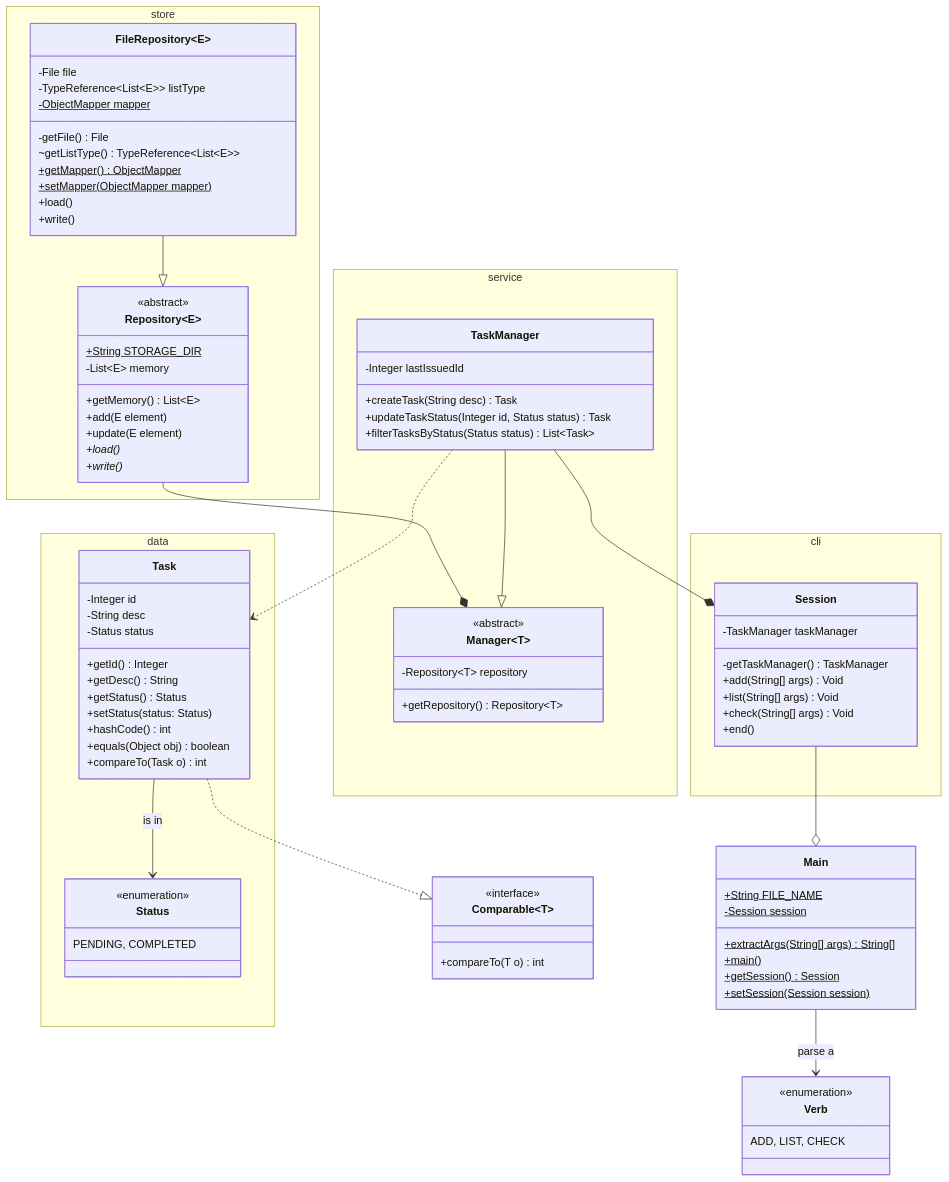
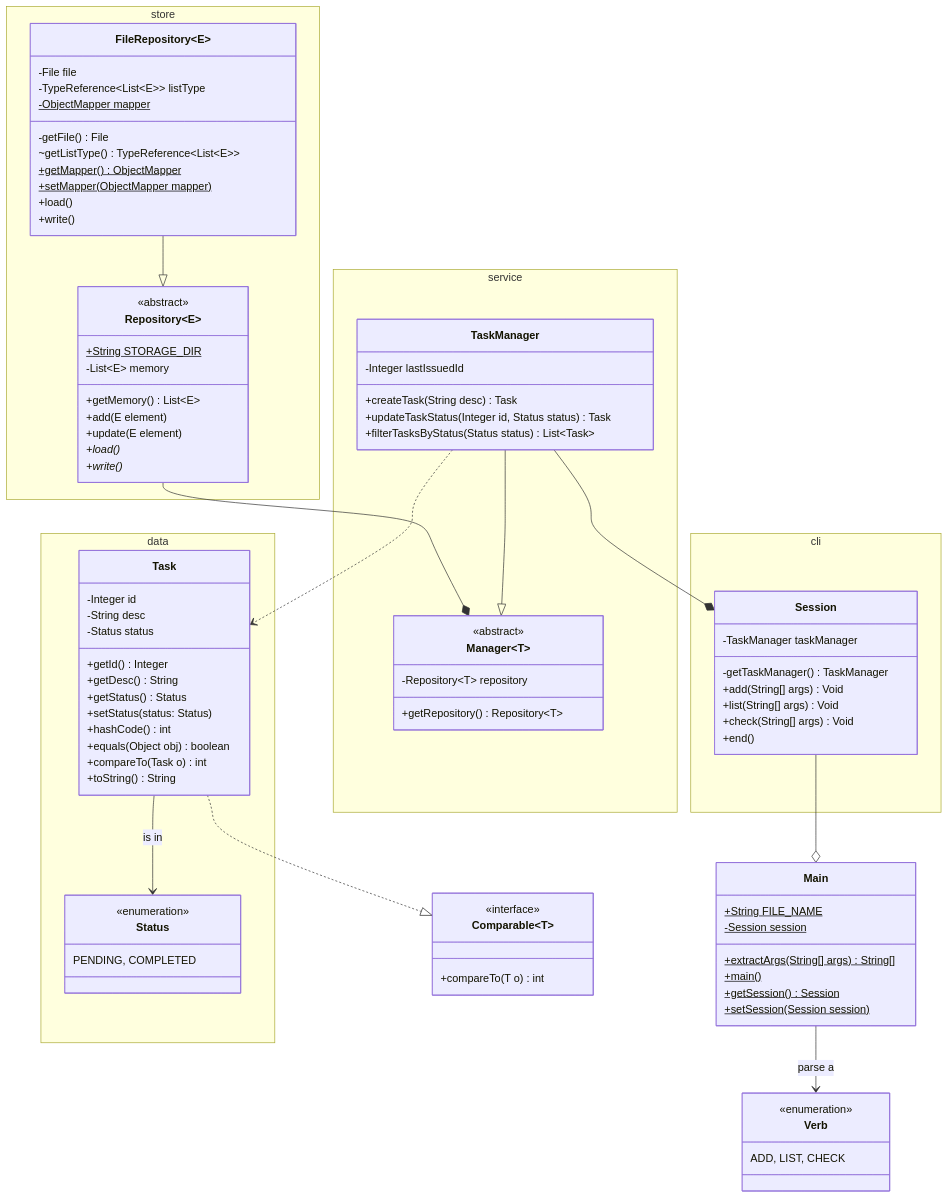
Before and after one commit to black-dial/white-noise: the diagram in README.md, drawn with Mermaid. The commit also changed 3 other files, not shown here.

```diff
--- a/README.md
+++ b/README.md
@@ -18,6 +18,7 @@
             +hashCode() int
             +equals(Object obj) boolean
             +compareTo(Task o) int
+            +toString() String
         }
         class Status {
             <<enumeration>>
```
